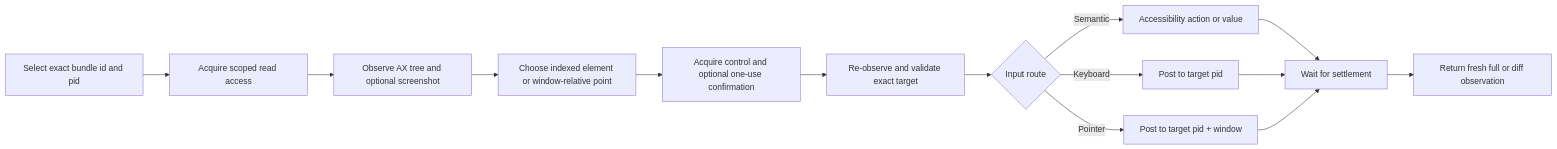
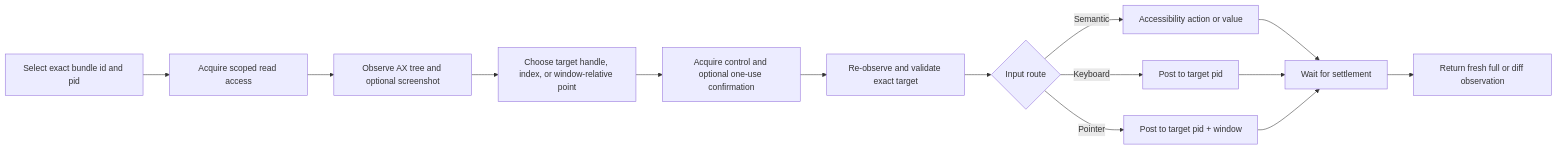
The diagram in README.md (bitterSmilezzz/dsh-computer-use), drawn with Mermaid before and after one commit. The commit also changed other lines of this file and 49 other files, not shown here.

````diff
--- a/README.md
+++ b/README.md
@@ -106,16 +106,16 @@
 ```mermaid
 flowchart LR
     A["Select exact bundle id and pid"] --> B["Acquire scoped read access"]
     B --> C["Observe AX tree and optional screenshot"]
-    C --> D["Choose indexed element or window-relative point"]
+    C --> D["Choose target handle, index, or window-relative point"]
     D --> E["Acquire control and optional one-use confirmation"]
     E --> F["Re-observe and validate exact target"]
     F --> G{"Input route"}
     G -->|"Semantic"| H["Accessibility action or value"]
     G -->|"Keyboard"| I["Post to target pid"]
     G -->|"Pointer"| J["Post to target pid + window"]
     H --> K["Wait for settlement"]
     I --> K
     J --> K
     K --> L["Return fresh full or diff observation"]
 ```
````
